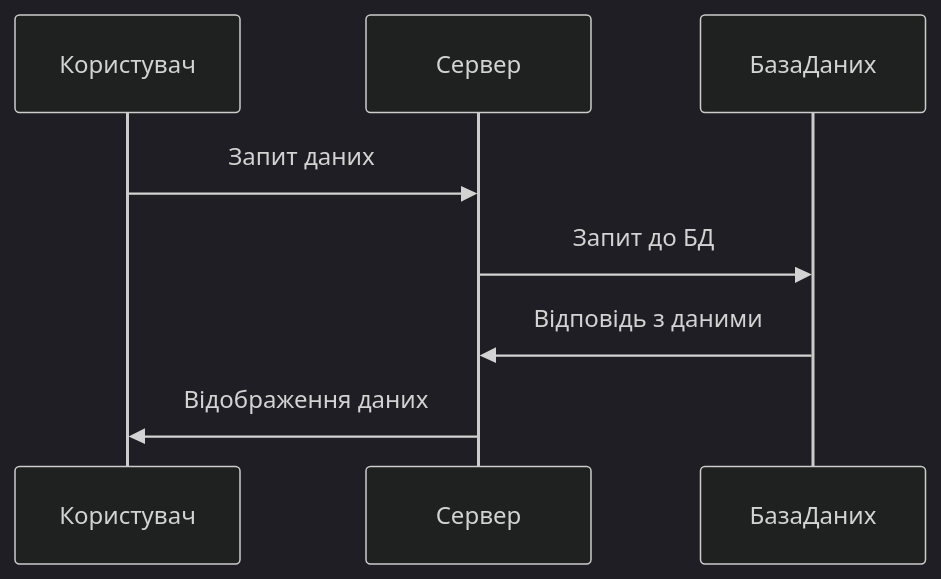
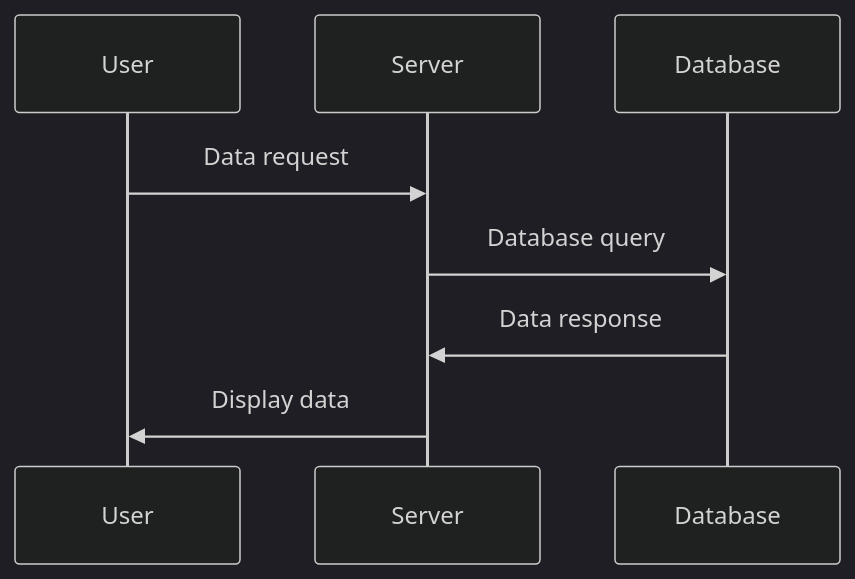
The second of 8 diagrams in Help/Mermaid.md (Andrupavlov/GHDoc-temp), drawn with Mermaid (dark theme) before and after one commit. The commit also changed other lines of this file, not shown here.

````diff
--- a/Help/Mermaid.md
+++ b/Help/Mermaid.md
@@ -43,10 +43,10 @@
 ```mermaid
 sequenceDiagram
-    participant Користувач
-    participant Сервер
-    participant БазаДаних
-    Користувач->>Сервер: Запит даних
-    Сервер->>БазаДаних: Запит до БД
-    БазаДаних->>Сервер: Відповідь з даними
-    Сервер->>Користувач: Відображення даних
+    participant User
+    participant Server
+    participant Database
+    User->>Server: Data request
+    Server->>Database: Database query
+    Database->>Server: Data response
+    Server->>User: Display data
 ```
````
